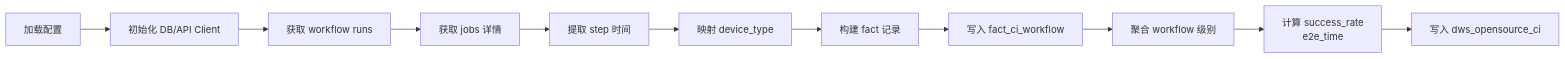
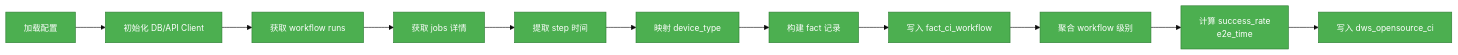
Before and after one commit to GeorgeCao-hw/backlog-test: the second of 2 diagrams in opensourceways/backlog/issue_docs/148/Architecture Desgin/#148 Architecture Design Specification.md, drawn with Mermaid. The commit also changed other lines of this file and 1 other file, not shown here.

````diff
--- a/opensourceways/backlog/issue_docs/148/Architecture Desgin/#148 Architecture Design Specification.md
+++ b/opensourceways/backlog/issue_docs/148/Architecture Desgin/#148 Architecture Design Specification.md
@@ -67,13 +76,22 @@
 ```mermaid
+%%{init: {
+  'theme': 'base',
+  'themeVariables': {
+    'primaryColor': '#4caf50',
+    'primaryBorderColor': '#2e7d32',
+    'primaryTextColor': '#ffffff',
+    'fontSize': '14px'
+  }
+}}%%
 graph LR
     A["加载配置"] --> B["初始化 DB/API Client"]
     B --> C["获取 workflow runs"]
     C --> D["获取 jobs 详情"]
     D --> E["提取 step 时间"]
     E --> F["映射 device_type"]
     F --> G["构建 fact 记录"]
     G --> H["写入 fact_ci_workflow"]
     H --> I["聚合 workflow 级别"]
     I --> J["计算 success_rate<br/>e2e_time"]
     J --> K["写入 dws_opensource_ci"]
 ```
````
